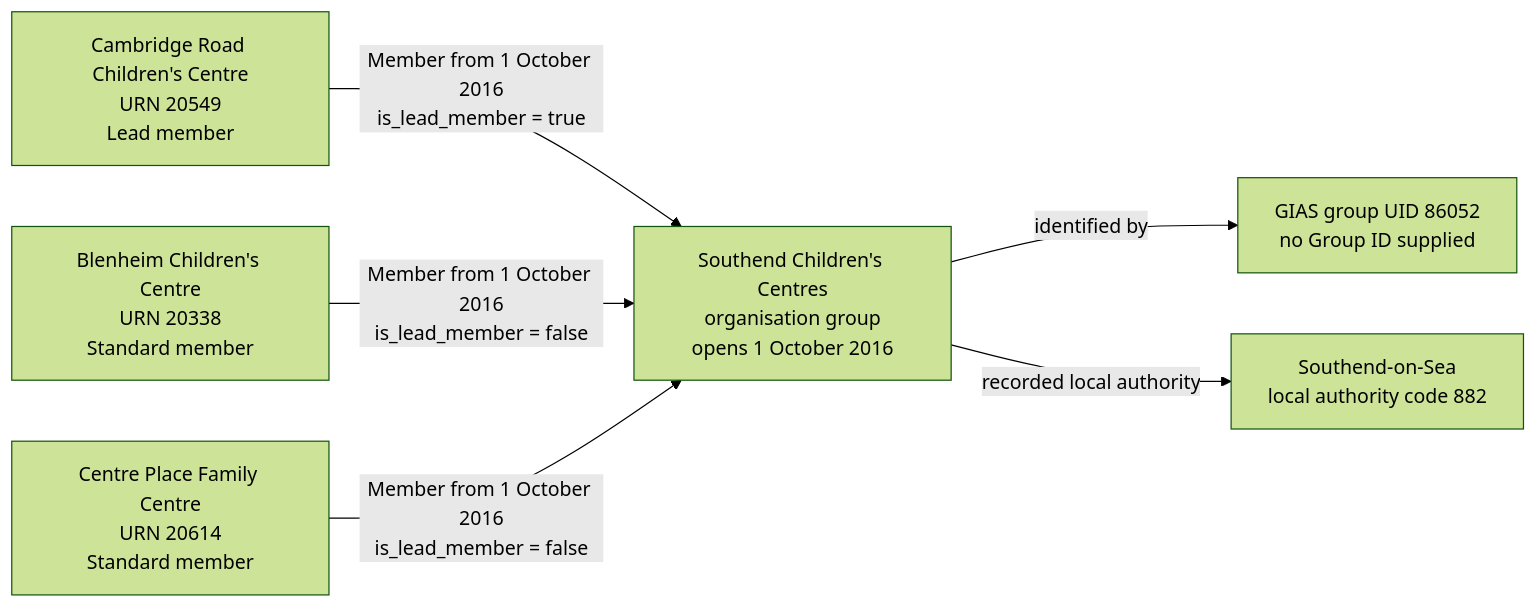
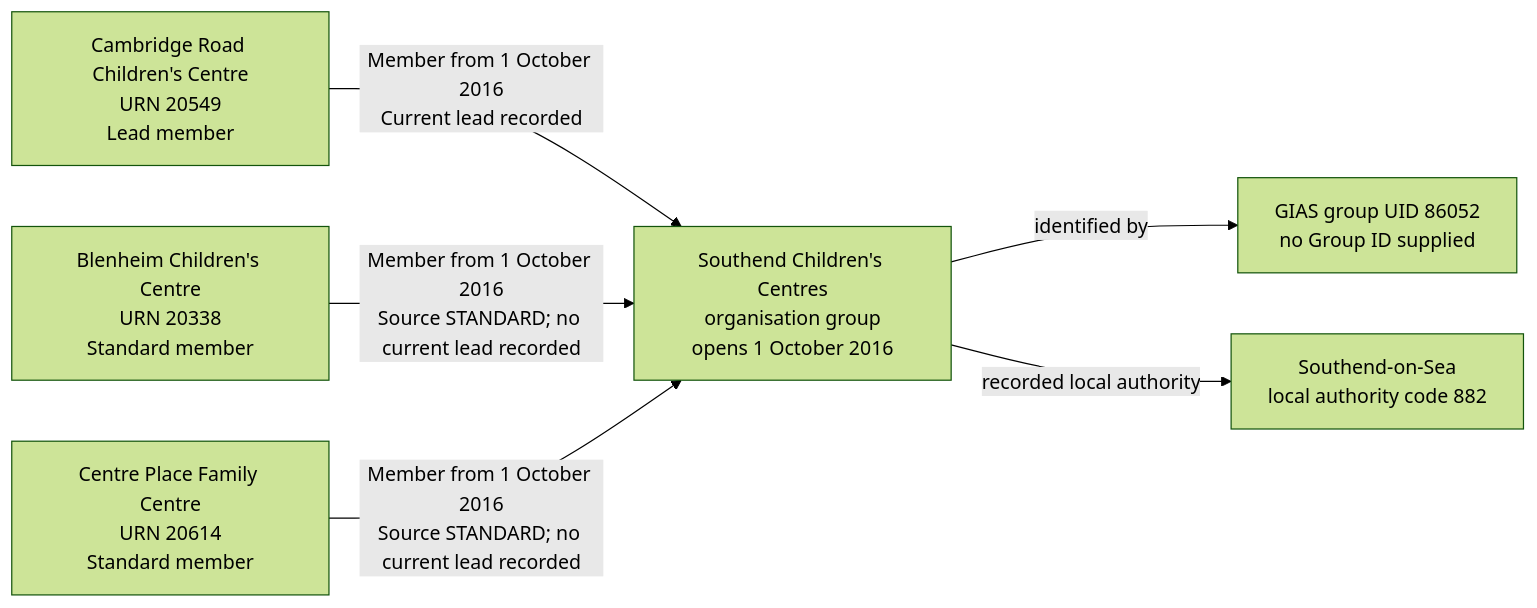
The diagram in models/schema/establishment/cases/t5-childrens-centres-group-86052-southend.md (DFE-Digital/education-provider-registry-docs), drawn with Mermaid (forest theme) before and after one commit. The commit also changed other lines of this file and 63 other files, not shown here.

````diff
--- a/models/schema/establishment/cases/t5-childrens-centres-group-86052-southend.md
+++ b/models/schema/establishment/cases/t5-childrens-centres-group-86052-southend.md
@@ -47,14 +47,14 @@
 ```mermaid
 flowchart LR
     G["Southend Children's Centres<br/>organisation group<br/>opens 1 October 2016"]
     U["GIAS group UID 86052<br/>no Group ID supplied"]
     LA["Southend-on-Sea<br/>local authority code 882"]
     L["Cambridge Road Children's Centre<br/>URN 20549<br/>Lead member"]
     B["Blenheim Children's Centre<br/>URN 20338<br/>Standard member"]
     C["Centre Place Family Centre<br/>URN 20614<br/>Standard member"]
     G -->|"identified by"| U
     G -->|"recorded local authority"| LA
-    L -->|"Member from 1 October 2016<br/>is_lead_member = true"| G
-    B -->|"Member from 1 October 2016<br/>is_lead_member = false"| G
-    C -->|"Member from 1 October 2016<br/>is_lead_member = false"| G
+    L -->|"Member from 1 October 2016<br/>Current lead recorded"| G
+    B -->|"Member from 1 October 2016<br/>Source STANDARD; no current lead recorded"| G
+    C -->|"Member from 1 October 2016<br/>Source STANDARD; no current lead recorded"| G
 ```
````
